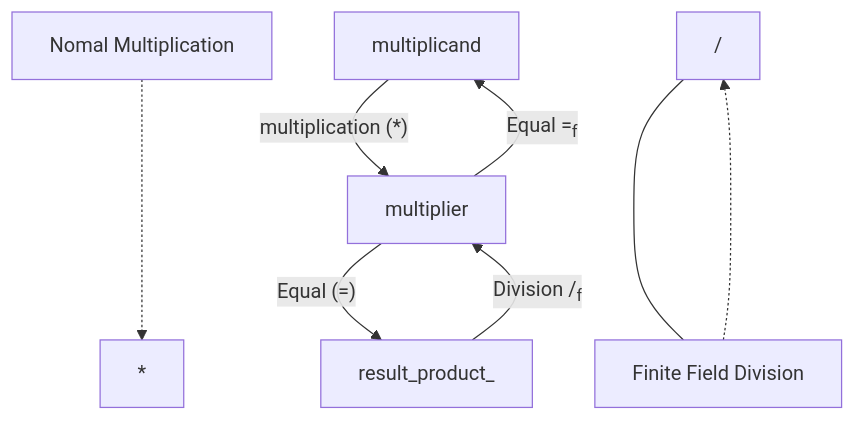
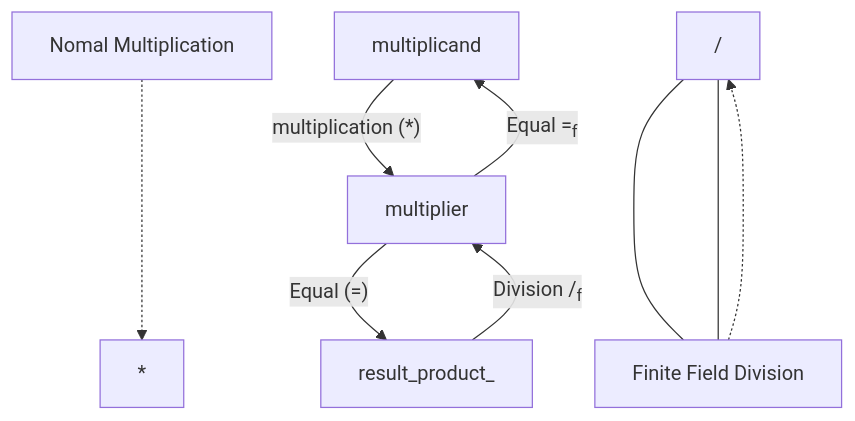
Before and after one commit to will-bc/Blockchain-Cryptocurrency: the third of 3 diagrams in Finite_Field/README.md, drawn with Mermaid.

````diff
--- a/Finite_Field/README.md
+++ b/Finite_Field/README.md
@@ -49,15 +49,17 @@
 ```mermaid 
 graph TB 
 
 A["Nomal Multiplication"] -..-> *
 
 multiplicand --"multiplication (*)" --> multiplier-->|"Equal (=)"|result_product_ 
 
 result_product_-- "Division /<sub>f</sub>" -->multiplier
 multiplier--"Equal =<sub>f</sub>" -->multiplicand
 
 / <=== B["Finite Field Division"]
 
 B["Finite Field Division"] -..-> /
 
+/ <=== B["Finite Field Division"]
+
 ```
````
